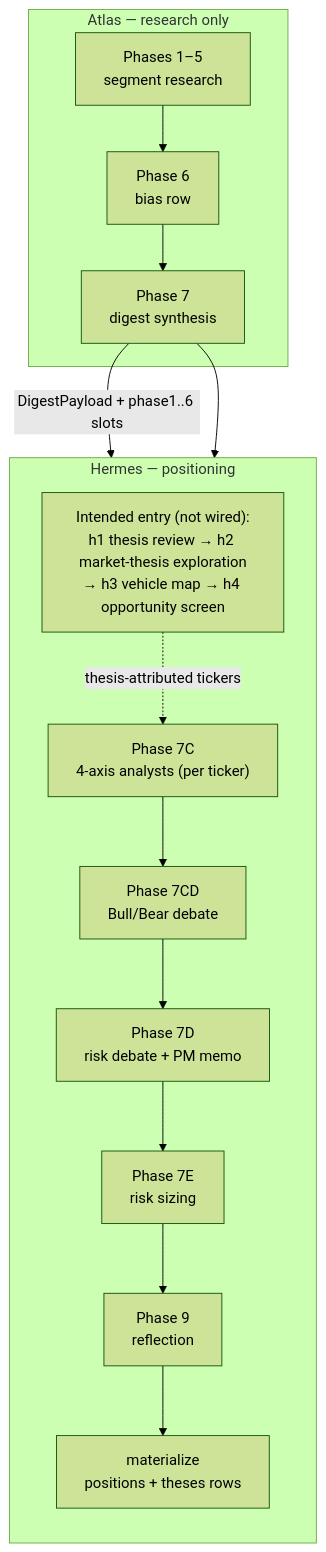
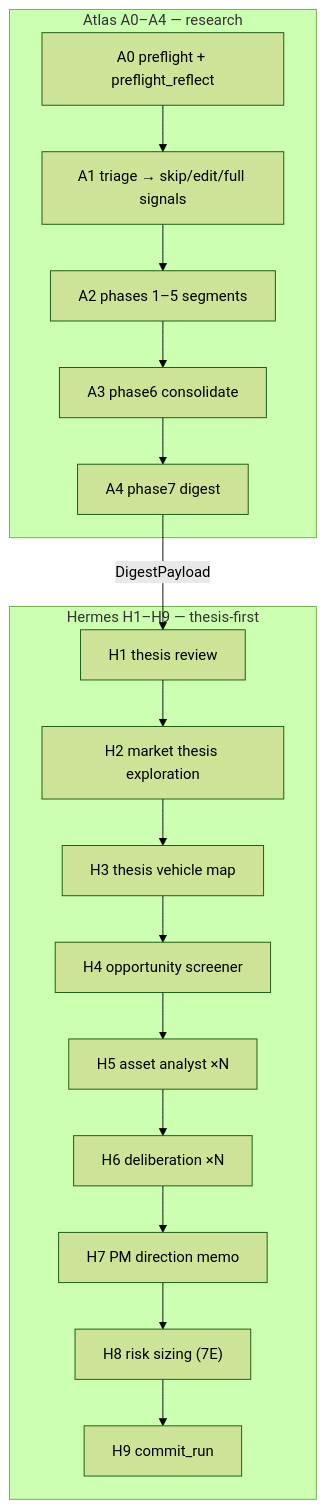
Before and after one commit to digithings-ai/digithings: the first of 2 diagrams in digiquant/ARCHITECTURE.md, drawn with Mermaid (forest theme). The commit also changed other lines of this file and 168 other files, not shown here.

First line of the commit message:
feat(digiquant): Olympus daily thesis-first graph (#930)

````diff
--- a/digiquant/ARCHITECTURE.md
+++ b/digiquant/ARCHITECTURE.md
@@ -697,25 +697,26 @@
 ```mermaid
 flowchart TB
-  subgraph Atlas["Atlas — research only"]
-    P1["Phases 1–5<br/>segment research"]
-    P6["Phase 6<br/>bias row"]
-    P7["Phase 7<br/>digest synthesis"]
-    P1 --> P6 --> P7
+  subgraph Atlas["Atlas A0–A4 — research"]
+    A0["A0 preflight + preflight_reflect"]
+    A1["A1 triage → skip/edit/full signals"]
+    A2["A2 phases 1–5 segments"]
+    A3["A3 phase6 consolidate"]
+    A4["A4 phase7 digest"]
+    A0 --> A1 --> A2 --> A3 --> A4
   end
 
-  subgraph Hermes["Hermes — positioning"]
-  direction TB
-    H0["Intended entry (not wired):<br/>h1 thesis review → h2 market-thesis exploration<br/>→ h3 vehicle map → h4 opportunity screen"]
-    P7C["Phase 7C<br/>4-axis analysts (per ticker)"]
-    P7CD["Phase 7CD<br/>Bull/Bear debate"]
-    P7D["Phase 7D<br/>risk debate + PM memo"]
-    P7E["Phase 7E<br/>risk sizing"]
-    P9["Phase 9<br/>reflection"]
-    MAT["materialize<br/>positions + theses rows"]
-    H0 -.->|"thesis-attributed tickers"| P7C
-    P7C --> P7CD --> P7D --> P7E --> P9 --> MAT
+  subgraph Hermes["Hermes H1–H9 — thesis-first"]
+    H1["H1 thesis review"]
+    H2["H2 market thesis exploration"]
+    H3["H3 thesis vehicle map"]
+    H4["H4 opportunity screener"]
+    H5["H5 asset analyst ×N"]
+    H6["H6 deliberation ×N"]
+    H7["H7 PM direction memo"]
+    H8["H8 risk sizing (7E)"]
+    H9["H9 commit_run"]
+    H1 --> H2 --> H3 --> H4 --> H5 --> H6 --> H7 --> H8 --> H9
   end
 
-  P7 -->|"DigestPayload + phase1..6 slots"| H0
-  P7 --> P7C
+  A4 -->|"DigestPayload"| H1
 ```
````
